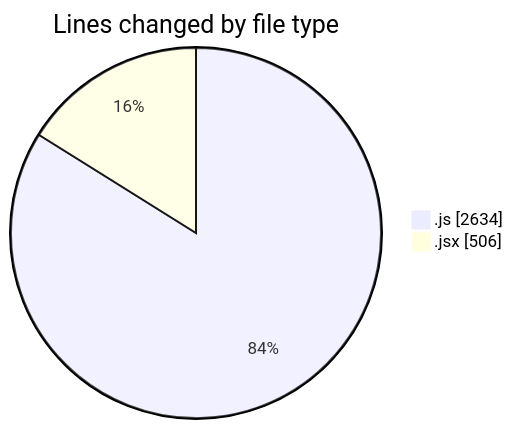
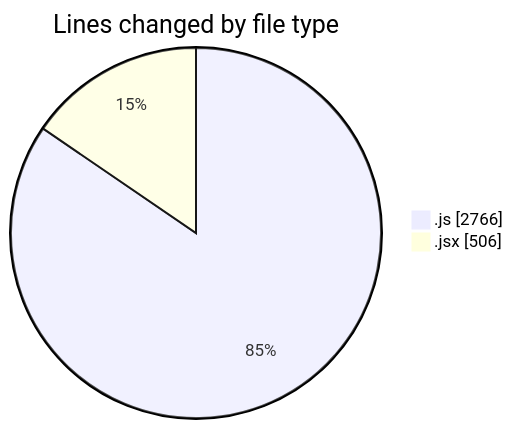
The first of 2 diagrams in 2025-07-27/nxtqube_webapp/README.md (nxtqubesakshisongat/code-tracking), drawn with Mermaid before and after one commit. The commit also changed other lines of this file and 1 other file, not shown here.

````diff
--- a/2025-07-27/nxtqube_webapp/README.md
+++ b/2025-07-27/nxtqube_webapp/README.md
@@ -25,6 +26,6 @@
 ```mermaid
 pie showData
 title Lines changed by file type
-".js" : 2634
+".js" : 2766
 ".jsx" : 506
 ```
````
